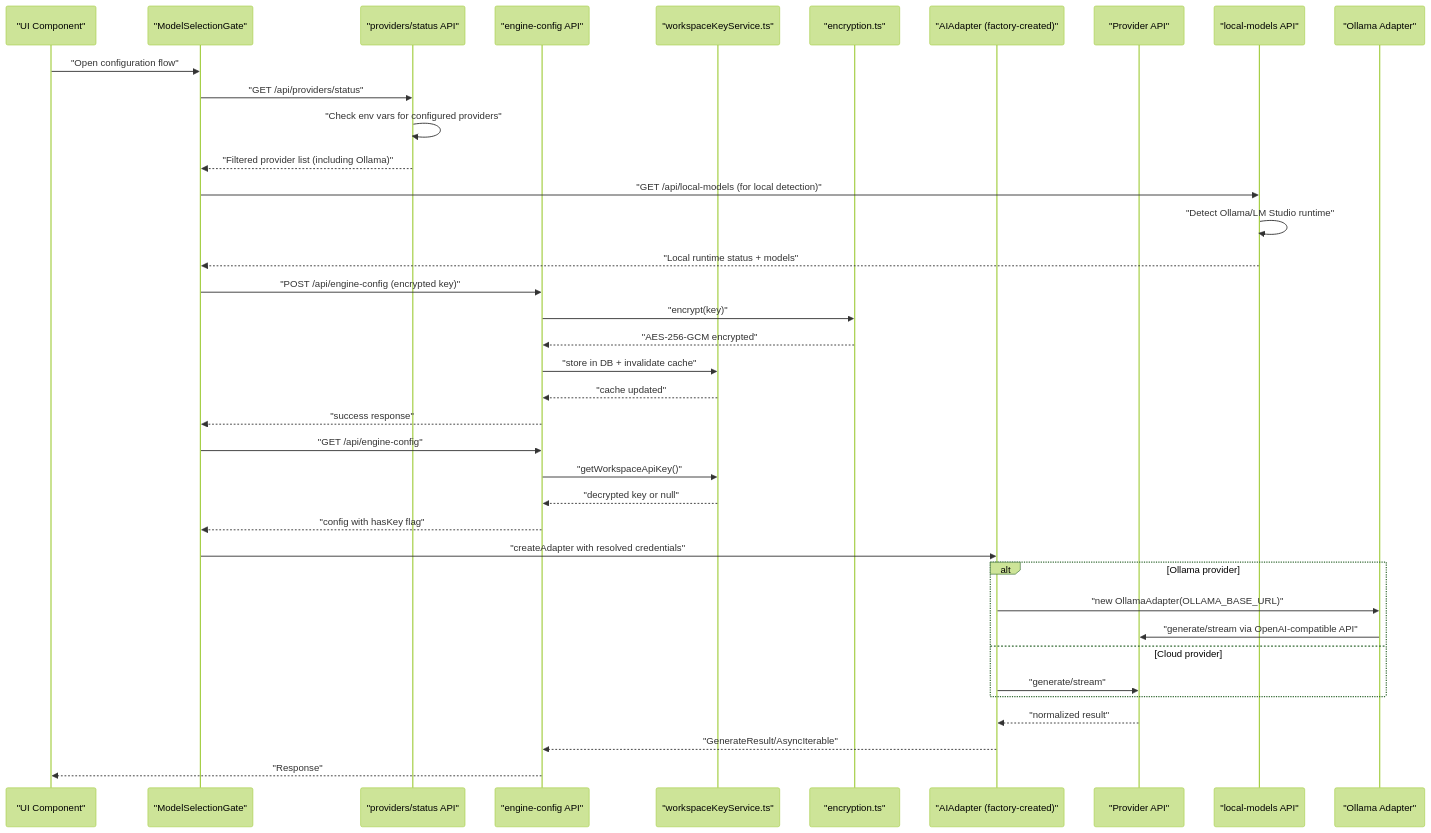
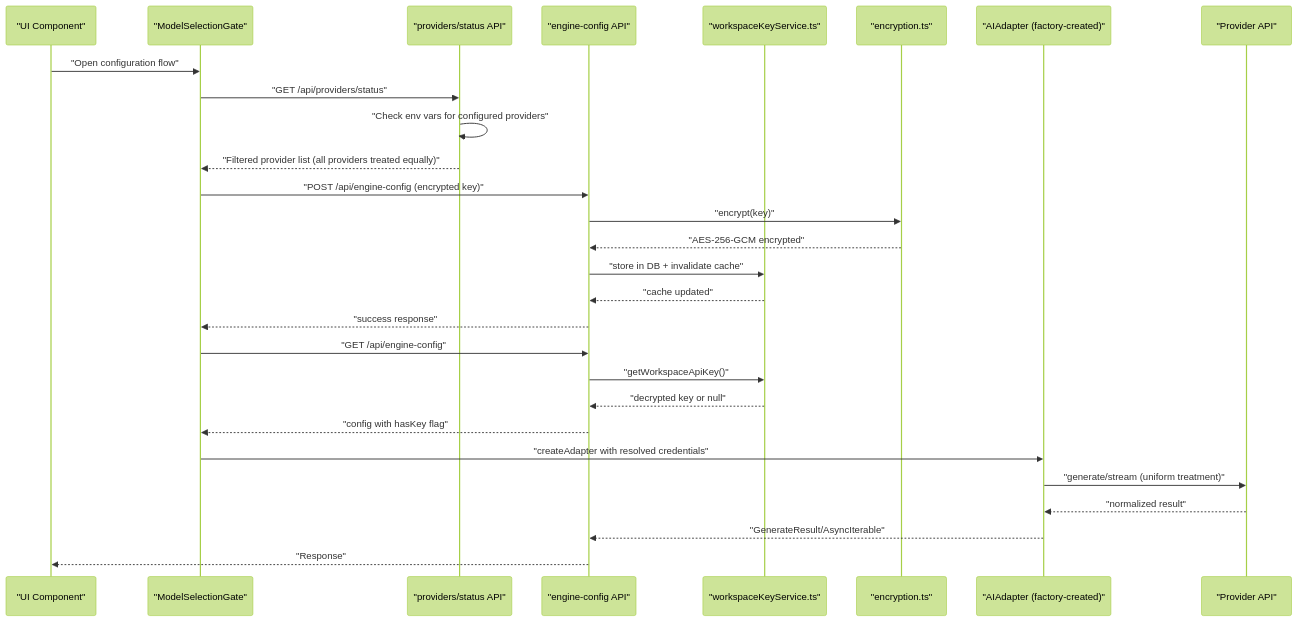
The second of 11 diagrams in .qoder/repowiki/en/content/AI Generation Engine/AI Provider Adapters/AI Provider Adapters.md (shekhargiri005-dotcom/AI-powered-accessibility-first-UI-engine), drawn with Mermaid (forest theme) before and after one commit. The commit also changed other lines of this file and 6 other files, not shown here.

First line of the commit message:
fix: VersionTimeline visibility and reduce inactivity timeout to 15min

````diff
--- a/.qoder/repowiki/en/content/AI Generation Engine/AI Provider Adapters/AI Provider Adapters.md
+++ b/.qoder/repowiki/en/content/AI Generation Engine/AI Provider Adapters/AI Provider Adapters.md
@@ -183,40 +159,30 @@
 ```mermaid
 sequenceDiagram
 participant UI as "UI Component"
 participant MSG as "ModelSelectionGate"
 participant PSTATUS as "providers/status API"
 participant API as "engine-config API"
 participant SEC as "workspaceKeyService.ts"
 participant ENC as "encryption.ts"
 participant ADP as "AIAdapter (factory-created)"
 participant PRV as "Provider API"
-participant LMR as "local-models API"
-participant OLA as "Ollama Adapter"
 UI->>MSG : "Open configuration flow"
 MSG->>PSTATUS : "GET /api/providers/status"
 PSTATUS->>PSTATUS : "Check env vars for configured providers"
-PSTATUS-->>MSG : "Filtered provider list (including Ollama)"
-MSG->>LMR : "GET /api/local-models (for local detection)"
-LMR->>LMR : "Detect Ollama/LM Studio runtime"
-LMR-->>MSG : "Local runtime status + models"
+PSTATUS-->>MSG : "Filtered provider list (all providers treated equally)"
 MSG->>API : "POST /api/engine-config (encrypted key)"
 API->>ENC : "encrypt(key)"
 ENC-->>API : "AES-256-GCM encrypted"
 API->>SEC : "store in DB + invalidate cache"
 SEC-->>API : "cache updated"
 API-->>MSG : "success response"
 MSG->>API : "GET /api/engine-config"
 API->>SEC : "getWorkspaceApiKey()"
 SEC-->>API : "decrypted key or null"
 API-->>MSG : "config with hasKey flag"
 MSG->>ADP : "createAdapter with resolved credentials"
-ALT Ollama provider
-ADP->>OLA : "new OllamaAdapter(OLLAMA_BASE_URL)"
-OLA->>PRV : "generate/stream via OpenAI-compatible API"
-ELSE Cloud provider
-ADP->>PRV : "generate/stream"
-END
+ADP->>PRV : "generate/stream (uniform treatment)"
 PRV-->>ADP : "normalized result"
 ADP-->>API : "GenerateResult/AsyncIterable"
 API-->>UI : "Response"
 ```
````
